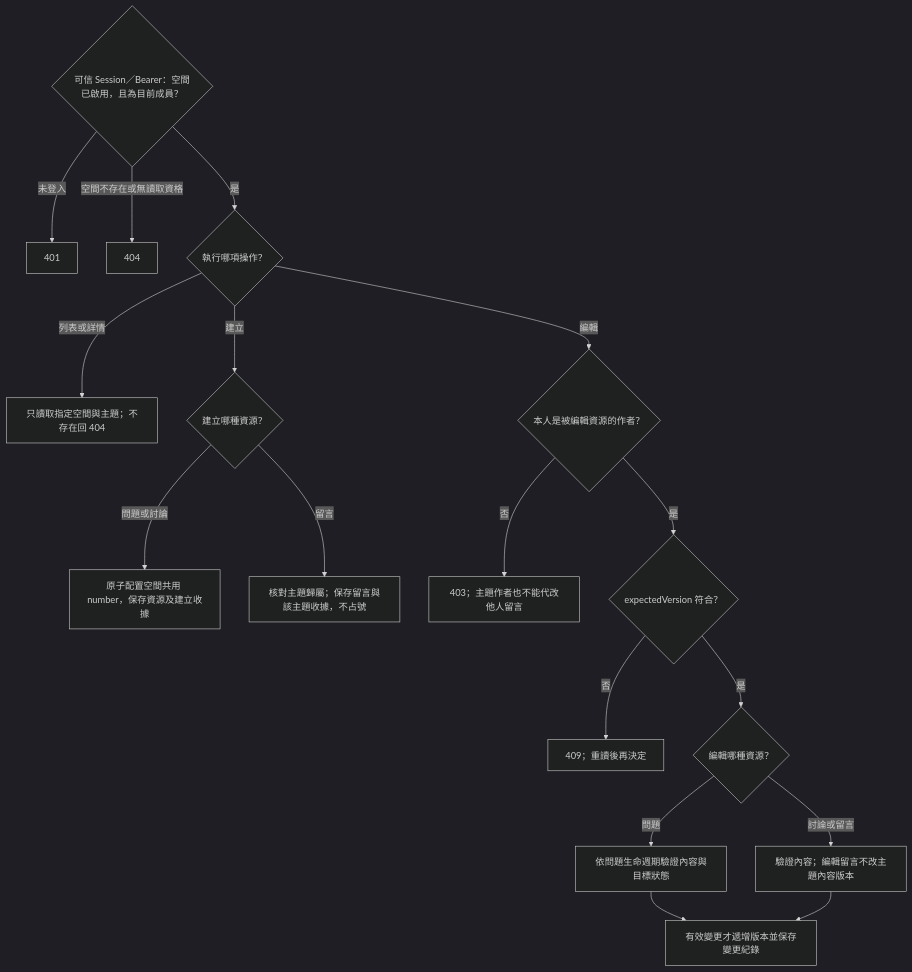
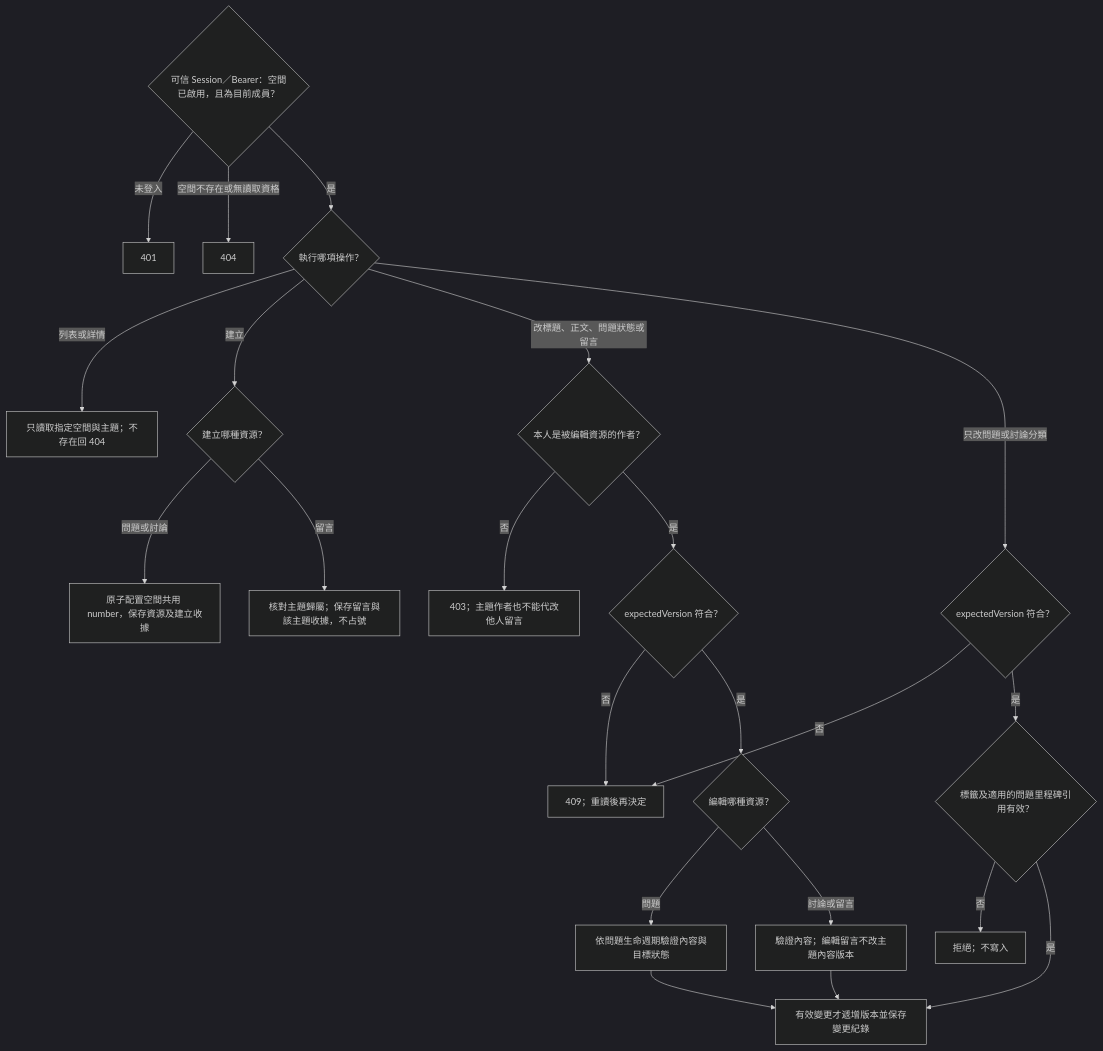
One commit to 963sup/line-mini-app-bot changed the diagram in docs/domains/issue/design.md. Above: the diagram before and after it, drawn with Mermaid (dark theme). The commit also changed other lines of this file and 60 other files, not shown here.

````diff
--- a/docs/domains/issue/design.md
+++ b/docs/domains/issue/design.md
@@ -37,20 +37,25 @@
 ```mermaid
 flowchart TB
   member{"可信 Session／Bearer：空間已啟用，且為目前成員？"}
   member -->|未登入| auth["401"]
   member -->|空間不存在或無讀取資格| hidden["404"]
   member -->|是| action{"執行哪項操作？"}
   action -->|列表或詳情| read["只讀取指定空間與主題；不存在回 404"]
   action -->|建立| kind{"建立哪種資源？"}
   kind -->|問題或討論| numbered["原子配置空間共用 number，保存資源及建立收據"]
   kind -->|留言| comment["核對主題歸屬；保存留言與該主題收據，不占號"]
-  action -->|編輯| owner{"本人是被編輯資源的作者？"}
+  action -->|改標題、正文、問題狀態或留言| owner{"本人是被編輯資源的作者？"}
   owner -->|否| forbidden["403；主題作者也不能代改他人留言"]
   owner -->|是| version{"expectedVersion 符合？"}
   version -->|否| conflict["409；重讀後再決定"]
   version -->|是| change{"編輯哪種資源？"}
   change -->|問題| issue["依問題生命週期驗證內容與目標狀態"]
   change -->|討論或留言| text["驗證內容；編輯留言不改主題內容版本"]
+  action -->|只改問題或討論分類| classification{"expectedVersion 符合？"}
+  classification -->|否| conflict
+  classification -->|是| references{"標籤及適用的問題里程碑引用有效？"}
+  references -->|否| invalid["拒絕；不寫入"]
+  references -->|是| save
   issue --> save["有效變更才遞增版本並保存變更紀錄"]
   text --> save
 ```
````
